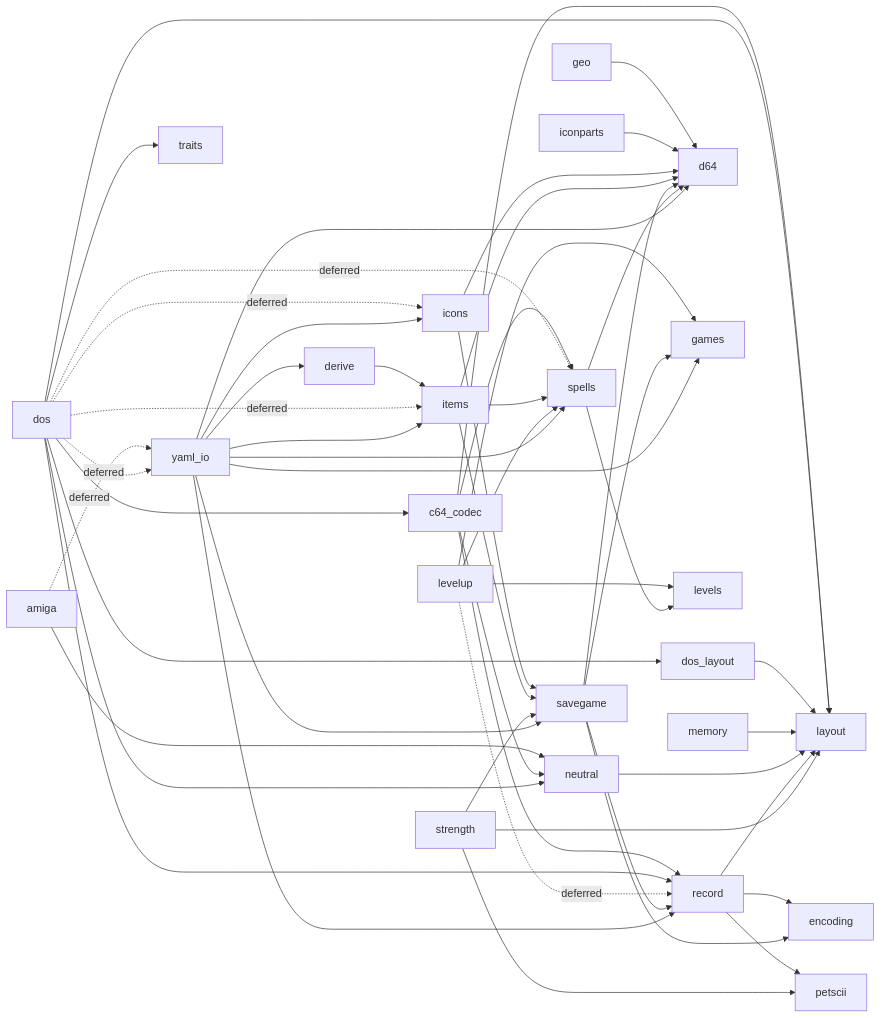
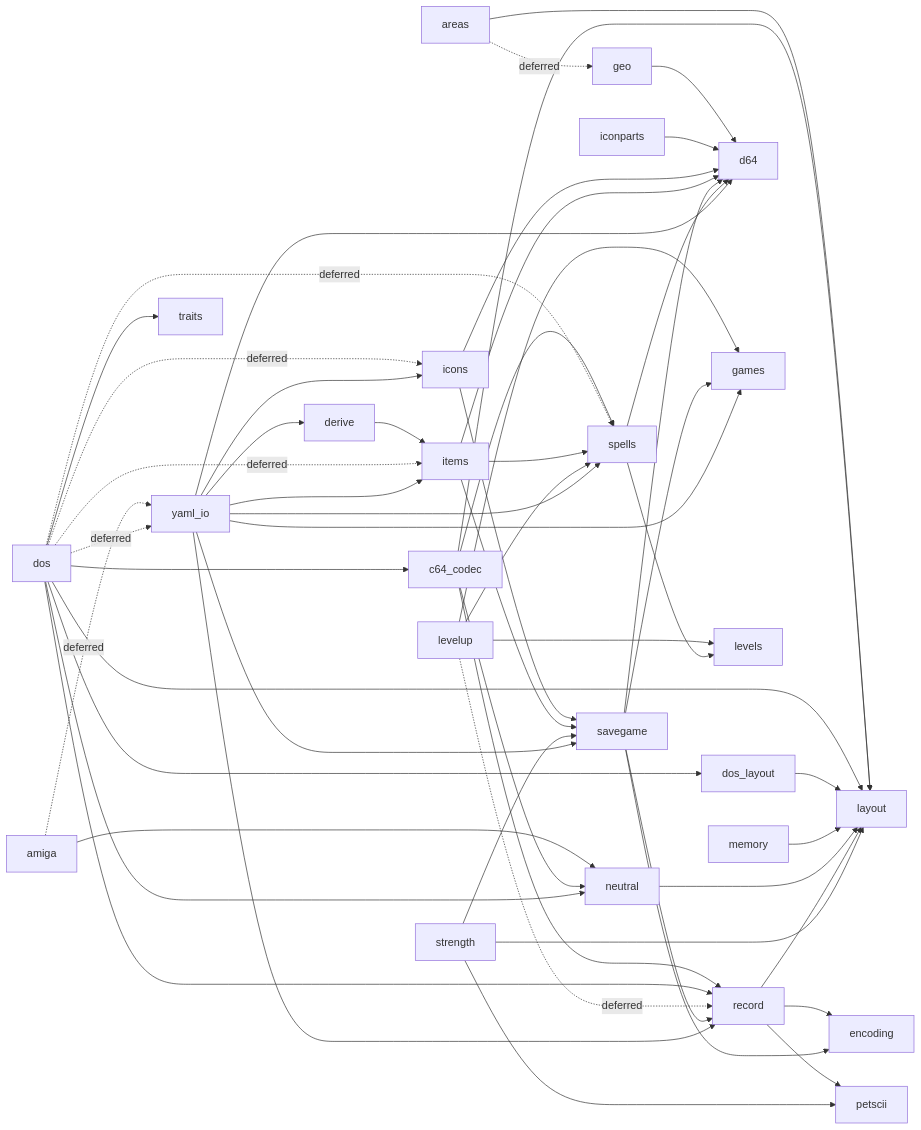
The fourth of 4 diagrams in docs/117-save-conversion.md (malcyon/wish), drawn with Mermaid before and after one commit. The commit also changed other lines of this file and 2 other files, not shown here.

First line of the commit message:
See a sibling imported by its absolute name, which hid the one edge the graph guards (#25)

````diff
--- a/docs/117-save-conversion.md
+++ b/docs/117-save-conversion.md
@@ -1150,54 +1150,56 @@
 ```mermaid
 graph LR
   amiga --> neutral
   amiga -.->|deferred| yaml_io
+  areas -.->|deferred| geo
+  areas --> layout
   c64_codec --> layout
   c64_codec --> neutral
   c64_codec --> record
   c64_codec --> spells
   derive --> items
   dos --> c64_codec
   dos --> dos_layout
   dos -.->|deferred| icons
   dos -.->|deferred| items
   dos --> layout
   dos --> neutral
   dos --> record
   dos -.->|deferred| spells
   dos --> traits
   dos -.->|deferred| yaml_io
   dos_layout --> layout
   geo --> d64
   iconparts --> d64
   icons --> d64
   icons --> savegame
   items --> d64
   items --> savegame
   items --> spells
   levelup --> games
   levelup --> levels
   levelup -.->|deferred| record
   levelup --> spells
   memory --> layout
   neutral --> layout
   record --> encoding
   record --> layout
   record --> petscii
   savegame --> d64
   savegame --> encoding
   savegame --> games
   savegame --> record
   spells --> d64
   spells --> levels
   strength --> layout
   strength --> petscii
   strength --> savegame
   yaml_io --> d64
   yaml_io --> derive
   yaml_io --> games
   yaml_io --> icons
   yaml_io --> items
   yaml_io --> record
   yaml_io --> savegame
   yaml_io --> spells
 ```
````
